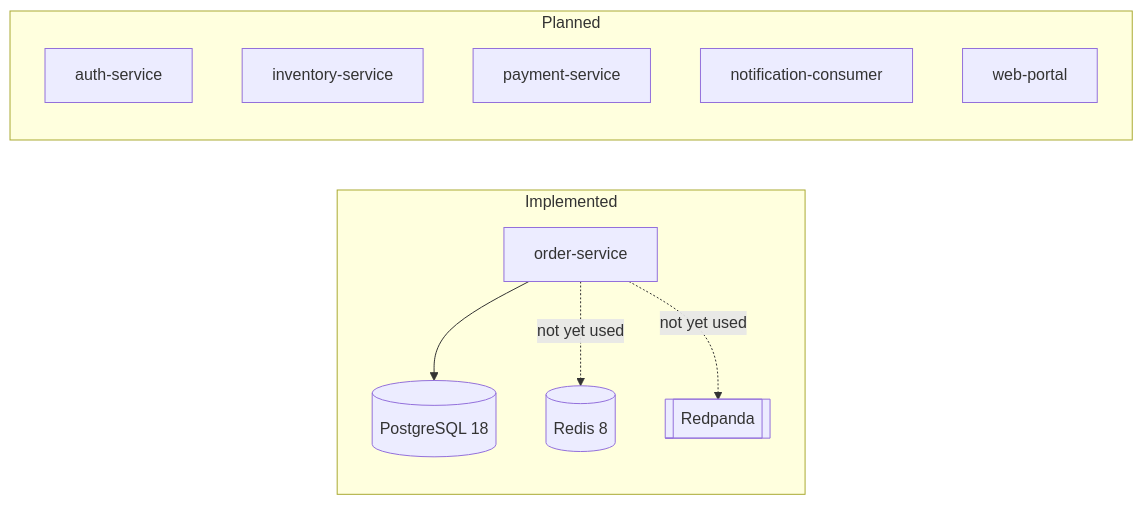
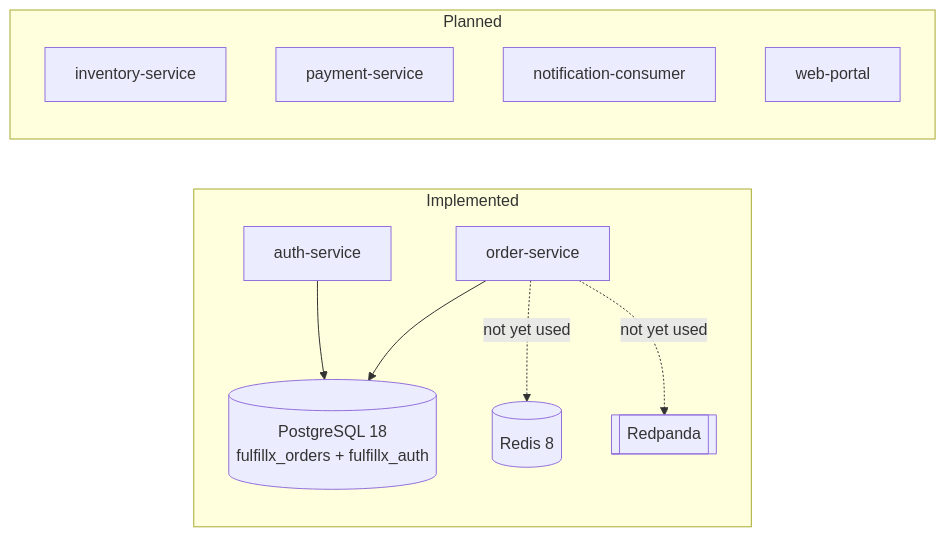
Before and after one commit to ckvishwa/fulfillx-enterprise-quality-platform: the diagram in README.md, drawn with Mermaid. The commit also changed other lines of this file and 8 other files, not shown here.

````diff
--- a/README.md
+++ b/README.md
@@ -36,19 +36,20 @@
 ```mermaid
 flowchart LR
     subgraph implemented[Implemented]
+        auth[auth-service]
         order[order-service]
-        pg[(PostgreSQL 18)]
+        pg[(PostgreSQL 18<br/>fulfillx_orders + fulfillx_auth)]
         redis[(Redis 8)]
         redpanda[[Redpanda]]
     end
     subgraph planned[Planned]
-        auth[auth-service]
         inventory[inventory-service]
         payment[payment-service]
         notif[notification-consumer]
         portal[web-portal]
     end
+    auth --> pg
     order --> pg
     order -. not yet used .-> redis
     order -. not yet used .-> redpanda
 ```
````
